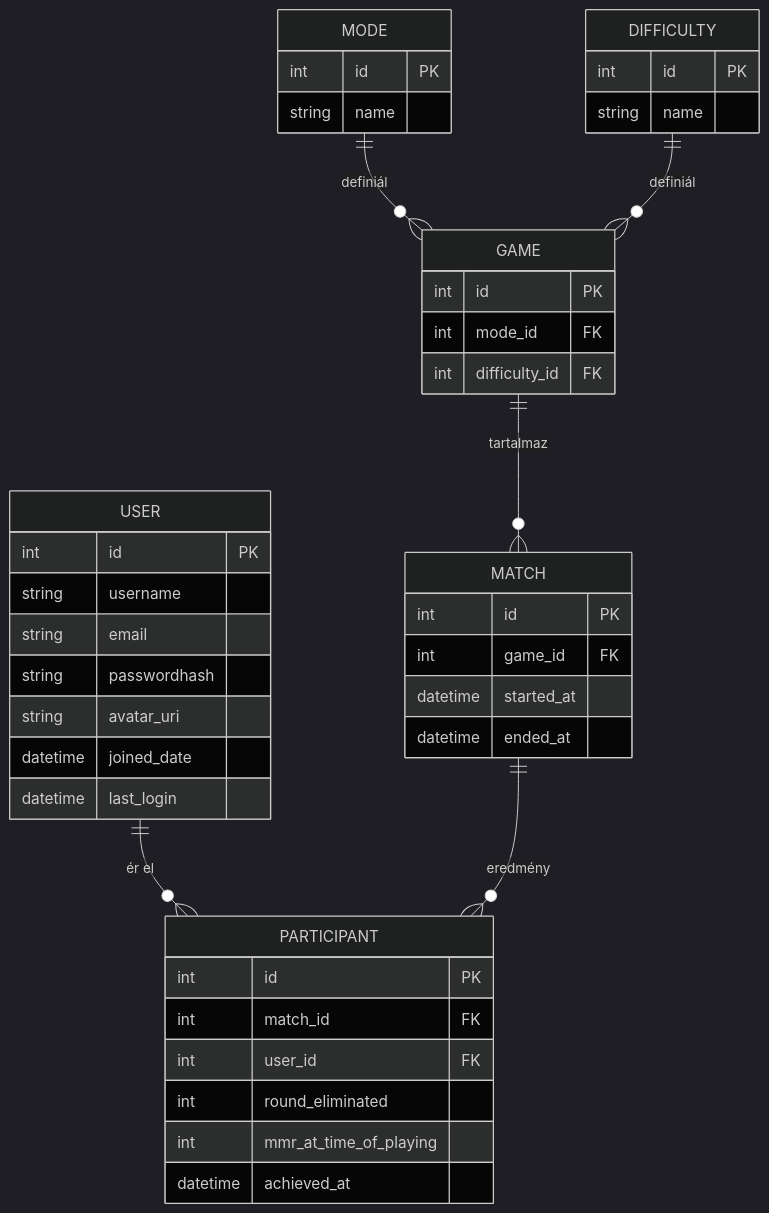
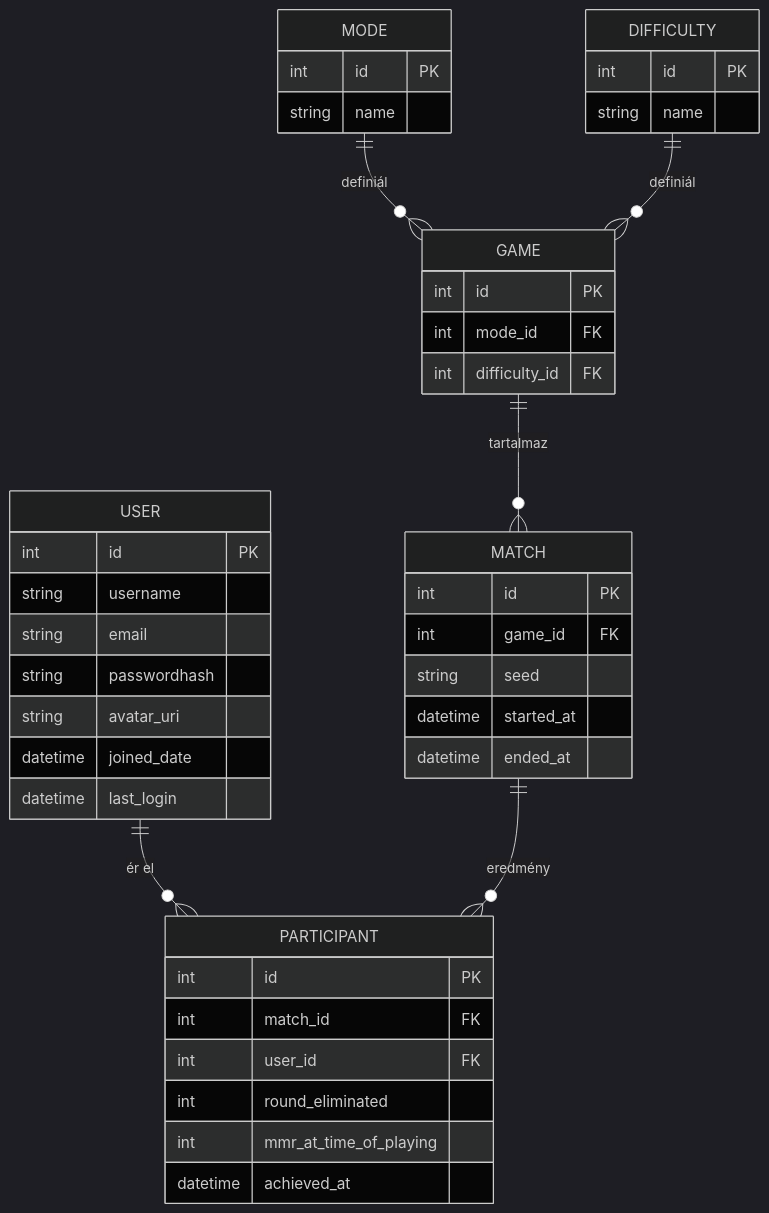
The third of 6 diagrams in docs/system-design.md (GitDevla/infinite-simon), drawn with Mermaid (dark theme) before and after one commit. The commit also changed other lines of this file and 2 other files, not shown here.

````diff
--- a/docs/system-design.md
+++ b/docs/system-design.md
@@ -140,45 +137,46 @@
 ```mermaid
 erDiagram
     USER {
         int id PK
         string username
         string email
         string passwordhash
         string avatar_uri
         datetime joined_date
         datetime last_login
     }
     MODE {
         int id PK
         string name
     }
     DIFFICULTY {
         int id PK
         string name
     }
     GAME {
         int id PK
         int mode_id FK
         int difficulty_id FK
     }
     MATCH {
         int id PK
         int game_id FK
+        string seed
         datetime started_at
         datetime ended_at
     }
     PARTICIPANT {
         int id PK
         int match_id FK
         int user_id FK
         int round_eliminated
         int mmr_at_time_of_playing
         datetime achieved_at
     }
 
     USER ||--o{ PARTICIPANT : "ér el"
     GAME ||--o{ MATCH : "tartalmaz"
     MODE ||--o{ GAME : "definiál"
     DIFFICULTY ||--o{ GAME : "definiál"
     MATCH ||--o{ PARTICIPANT : "eredmény"
 ```
````
